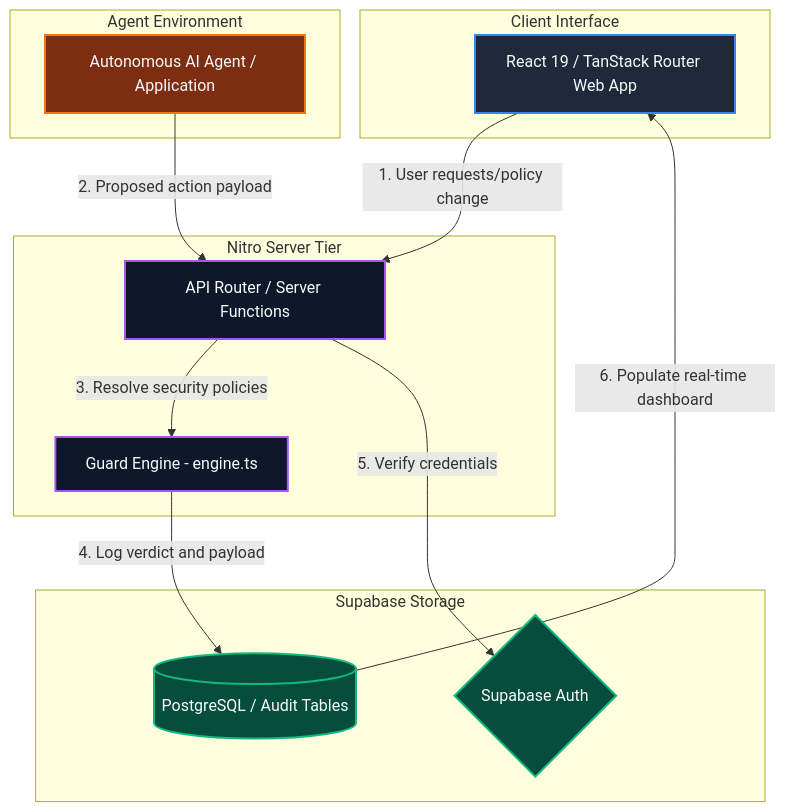
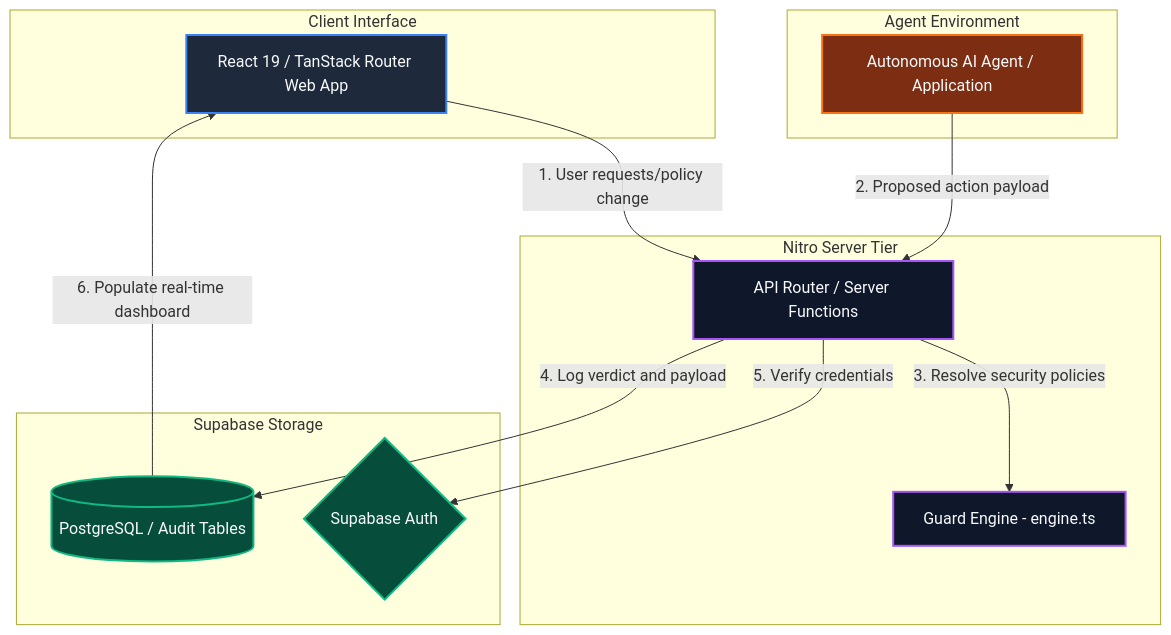
The diagram in README.md (ritvikindupuri/Containment), drawn with Mermaid before and after one commit. The commit also changed 1 other file, not shown here.

Commit message:
Update architecture diagrams for 100% precision and GPT-5.6-sol designation

````diff
--- a/README.md
+++ b/README.md
@@ -26,34 +26,34 @@
 ```mermaid
 graph TD
     %% Styling
     classDef ui fill:#1e293b,stroke:#3b82f6,stroke-width:2px,color:#f8fafc;
     classDef srv fill:#0f172a,stroke:#a855f7,stroke-width:2px,color:#f8fafc;
     classDef store fill:#064e3b,stroke:#10b981,stroke-width:2px,color:#f8fafc;
     classDef agent fill:#7c2d12,stroke:#f97316,stroke-width:2px,color:#f8fafc;
 
     subgraph Client [Client Interface]
         FE[React 19 / TanStack Router Web App]:::ui
     end
 
     subgraph Server [Nitro Server Tier]
         API[API Router / Server Functions]:::srv
         GE[Guard Engine - engine.ts]:::srv
     end
 
     subgraph Storage [Supabase Storage]
         DB[(PostgreSQL / Audit Tables)]:::store
         AUTH{Supabase Auth}:::store
     end
 
     subgraph Production [Agent Environment]
         P_AGENT[Autonomous AI Agent / Application]:::agent
     end
 
     %% Interactions
     FE --> |1. User requests/policy change| API
     P_AGENT --> |2. Proposed action payload| API
     API --> |3. Resolve security policies| GE
-    GE --> |4. Log verdict and payload| DB
+    API --> |4. Log verdict and payload| DB
     API --> |5. Verify credentials| AUTH
     DB --> |6. Populate real-time dashboard| FE
 ```
````
